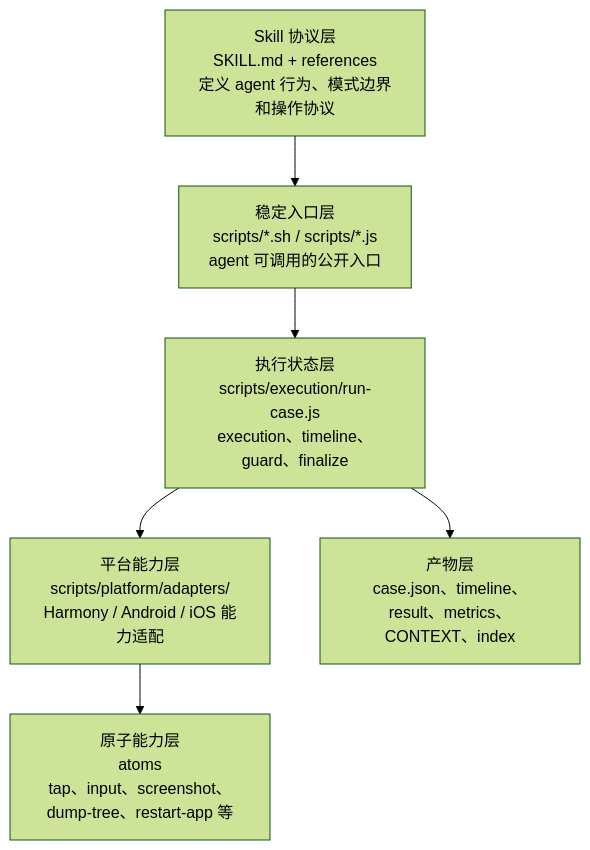
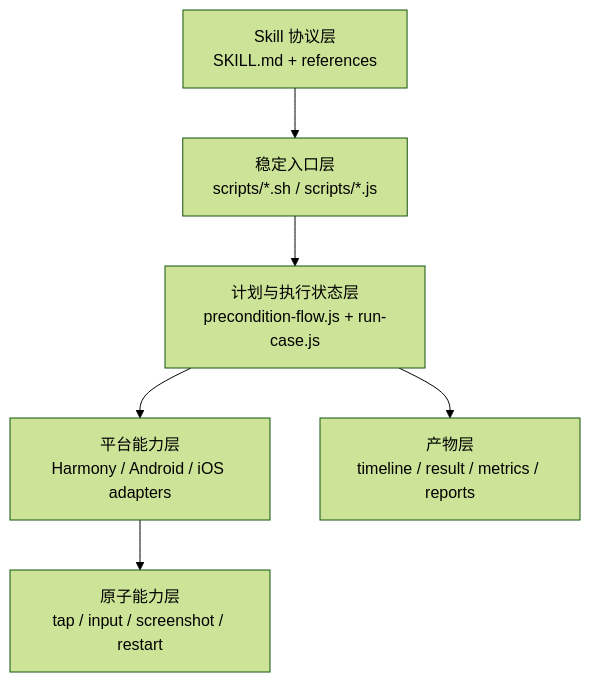
One commit to lianghuihui-plus/DevKit changed the fourth of 5 diagrams in mobile-ai-visual-test/docs/architecture.md. Above: the diagram before and after it, drawn with Mermaid (forest theme). The commit also changed other lines of this file and 26 other files, not shown here.

Commit message:
refactor: scope flows to preconditions

````diff
--- a/mobile-ai-visual-test/docs/architecture.md
+++ b/mobile-ai-visual-test/docs/architecture.md
@@ -33,12 +74,11 @@
 ```mermaid
 flowchart TB
-  L1["Skill 协议层<br/>SKILL.md + references<br/>定义 agent 行为、模式边界和操作协议"]
-  L2["稳定入口层<br/>scripts/*.sh / scripts/*.js<br/>agent 可调用的公开入口"]
-  L3["执行状态层<br/>scripts/execution/run-case.js<br/>execution、timeline、guard、finalize"]
-  L4["平台能力层<br/>scripts/platform/adapters/<platform><br/>Harmony / Android / iOS 能力适配"]
-  L5["原子能力层<br/>atoms<br/>tap、input、screenshot、dump-tree、restart-app 等"]
-  L6["产物层<br/>case.json、timeline、result、metrics、CONTEXT、index"]
-
+  L1["Skill 协议层<br/>SKILL.md + references"]
+  L2["稳定入口层<br/>scripts/*.sh / scripts/*.js"]
+  L3["计划与执行状态层<br/>precondition-flow.js + run-case.js"]
+  L4["平台能力层<br/>Harmony / Android / iOS adapters"]
+  L5["原子能力层<br/>tap / input / screenshot / restart"]
+  L6["产物层<br/>timeline / result / metrics / reports"]
   L1 --> L2 --> L3 --> L4 --> L5
   L3 --> L6
 ```
````
